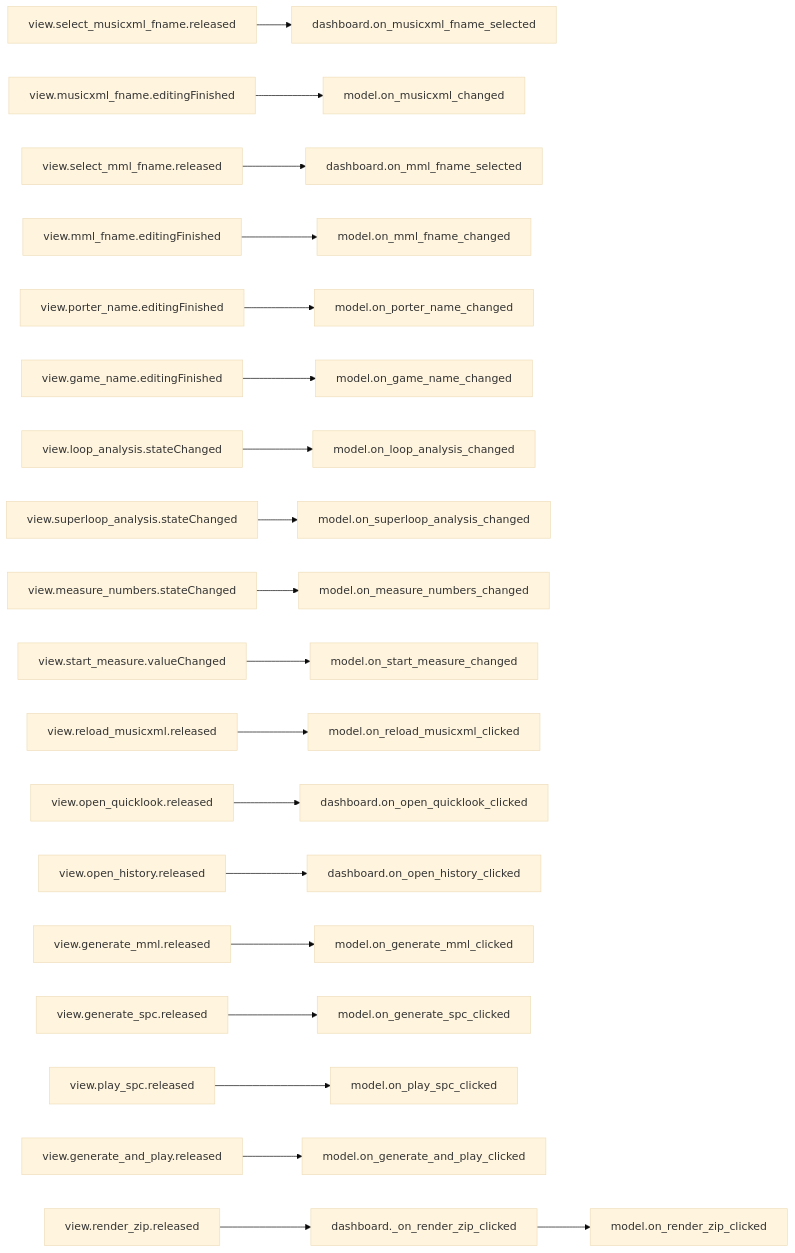
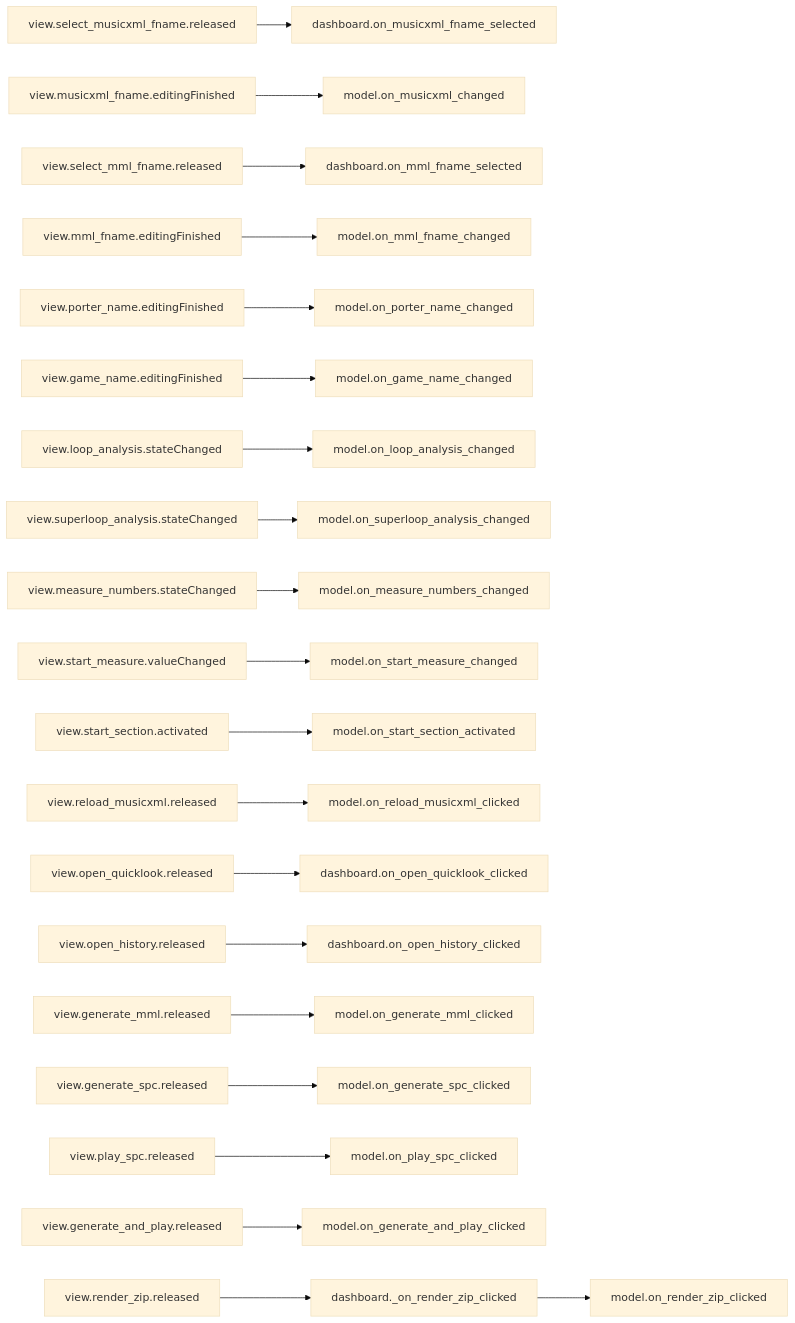
The third of 10 diagrams in doc/source/dashboard_signal_slot_map.rst (com-posers-pit/smw_music), drawn with Mermaid (base theme) before and after one commit. The commit also changed 2 other files, not shown here.

Commit message:
Track section changes with start measure changes
Re #237

Now playing:
Schala's Theme (From "Chrono Trigger") - Remix ver. by xMEIYIN, Vector U

```diff
--- a/doc/source/dashboard_signal_slot_map.rst
+++ b/doc/source/dashboard_signal_slot_map.rst
@@ -61,21 +61,22 @@
 .. mermaid::
 
    flowchart LR
       view.select_musicxml_fname.released --> dashboard.on_musicxml_fname_selected
       view.musicxml_fname.editingFinished --> model.on_musicxml_changed
       view.select_mml_fname.released --> dashboard.on_mml_fname_selected
       view.mml_fname.editingFinished --> model.on_mml_fname_changed
       view.porter_name.editingFinished --> model.on_porter_name_changed
       view.game_name.editingFinished --> model.on_game_name_changed
       view.loop_analysis.stateChanged --> model.on_loop_analysis_changed
       view.superloop_analysis.stateChanged --> model.on_superloop_analysis_changed
       view.measure_numbers.stateChanged --> model.on_measure_numbers_changed
       view.start_measure.valueChanged --> model.on_start_measure_changed
+      view.start_section.activated --> model.on_start_section_activated
       view.reload_musicxml.released --> model.on_reload_musicxml_clicked
       view.open_quicklook.released --> dashboard.on_open_quicklook_clicked
       view.open_history.released --> dashboard.on_open_history_clicked
       view.generate_mml.released --> model.on_generate_mml_clicked
       view.generate_spc.released --> model.on_generate_spc_clicked
       view.play_spc.released --> model.on_play_spc_clicked
       view.generate_and_play.released --> model.on_generate_and_play_clicked
       view.render_zip.released --> dashboard._on_render_zip_clicked --> model.on_render_zip_clicked
```
